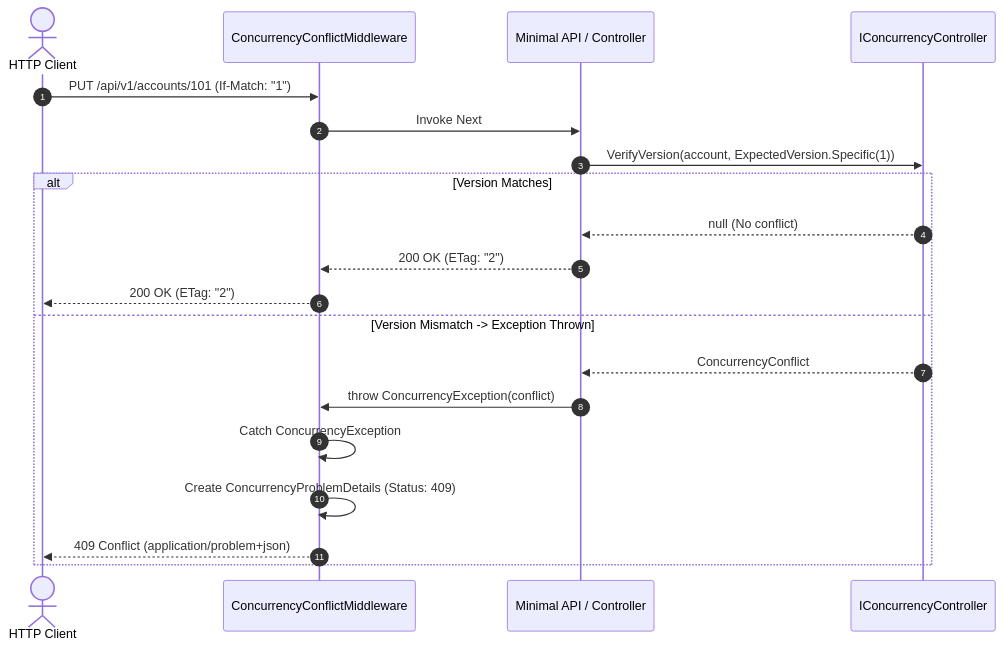
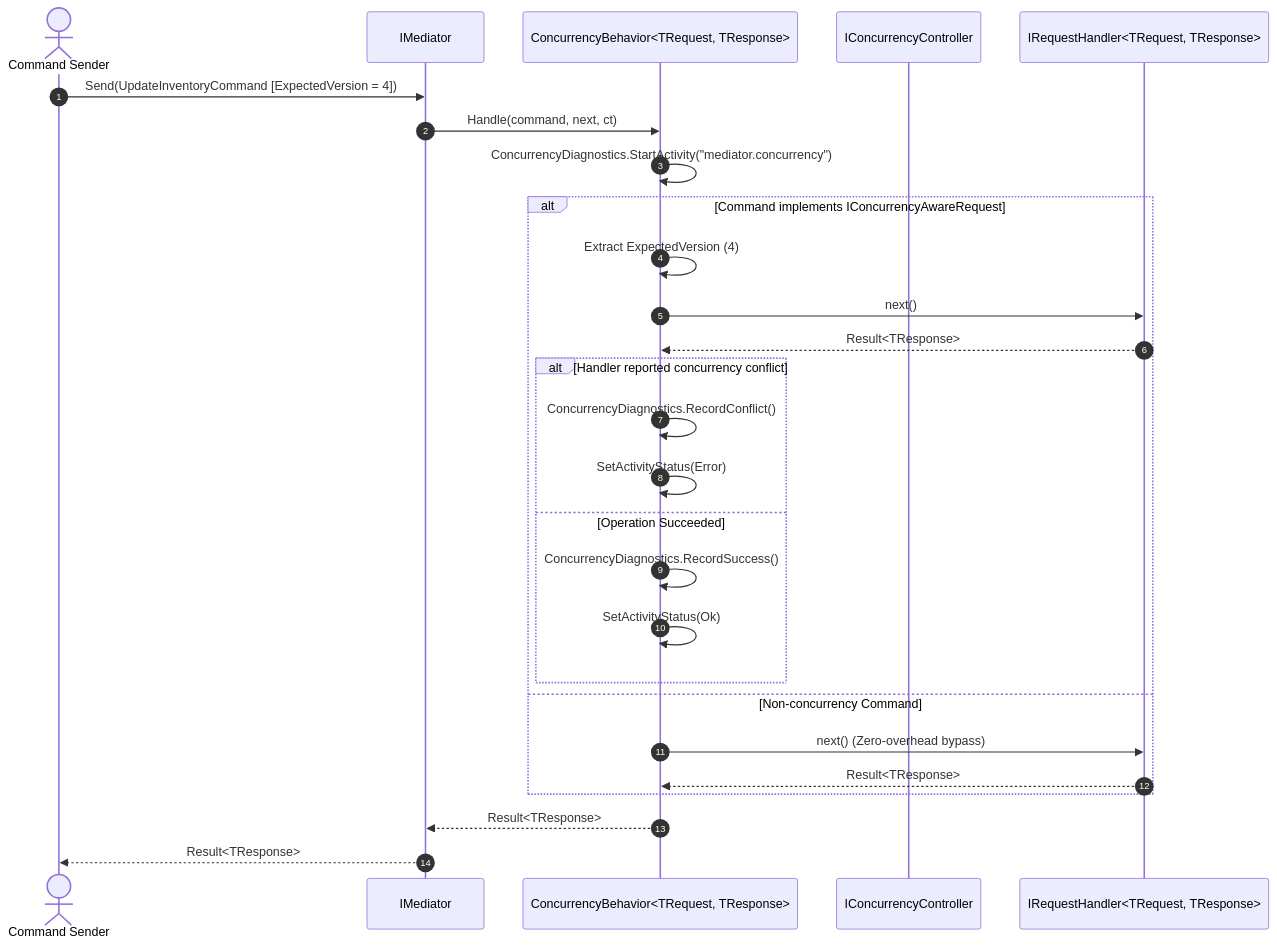
The seventh of 9 diagrams in docs/architecture-flow.md (ericksonlopezf/dotnet-concurrency), drawn with Mermaid before and after one commit. The commit also changed other lines of this file and 155 other files, not shown here.

````diff
--- a/docs/architecture-flow.md
+++ b/docs/architecture-flow.md
@@ -133,24 +372,34 @@
 ```mermaid
 sequenceDiagram
     autonumber
-    actor Client as HTTP Client
-    participant MW as ConcurrencyConflictMiddleware
-    participant EP as Minimal API / Controller
+    actor Client as Command Sender
+    participant Med as IMediator
+    participant Pipe as ConcurrencyBehavior<TRequest, TResponse>
     participant CC as IConcurrencyController
+    participant Handler as IRequestHandler<TRequest, TResponse>
 
-    Client->>MW: PUT /api/v1/accounts/101 (If-Match: "1")
-    MW->>EP: Invoke Next
-    EP->>CC: VerifyVersion(account, ExpectedVersion.Specific(1))
+    Client->>Med: Send(UpdateInventoryCommand [ExpectedVersion = 4])
+    Med->>Pipe: Handle(command, next, ct)
     
-    alt Version Matches
-        CC-->>EP: null (No conflict)
-        EP-->>MW: 200 OK (ETag: "2")
-        MW-->>Client: 200 OK (ETag: "2")
-    else Version Mismatch -> Exception Thrown
-        CC-->>EP: ConcurrencyConflict
-        EP->>MW: throw ConcurrencyException(conflict)
-        MW->>MW: Catch ConcurrencyException
-        MW->>MW: Create ConcurrencyProblemDetails (Status: 409)
-        MW-->>Client: 409 Conflict (application/problem+json)
+    Pipe->>Pipe: ConcurrencyDiagnostics.StartActivity("mediator.concurrency")
+    
+    alt Command implements IConcurrencyAwareRequest
+        Pipe->>Pipe: Extract ExpectedVersion (4)
+        Pipe->>Handler: next()
+        Handler-->>Pipe: Result<TResponse>
+        
+        alt Handler reported concurrency conflict
+            Pipe->>Pipe: ConcurrencyDiagnostics.RecordConflict()
+            Pipe->>Pipe: SetActivityStatus(Error)
+        else Operation Succeeded
+            Pipe->>Pipe: ConcurrencyDiagnostics.RecordSuccess()
+            Pipe->>Pipe: SetActivityStatus(Ok)
+        end
+    else Non-concurrency Command
+        Pipe->>Handler: next() (Zero-overhead bypass)
+        Handler-->>Pipe: Result<TResponse>
     end
+    
+    Pipe-->>Med: Result<TResponse>
+    Med-->>Client: Result<TResponse>
 ```
````
